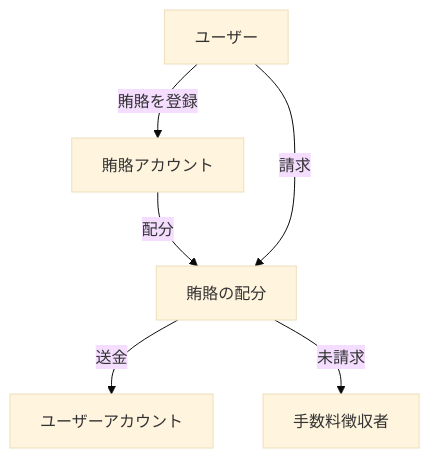
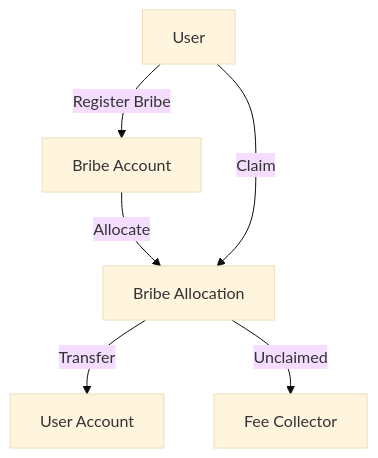
One commit to sunriselayer/gitbook changed the diagram in ja/learn/sunrise/bribes.md. Above: the diagram before and after it, drawn with Mermaid (base theme). The commit also changed 19 other files, not shown here.

````diff
--- a/ja/learn/sunrise/bribes.md
+++ b/ja/learn/sunrise/bribes.md
@@ -100,8 +100,8 @@
 ```mermaid
 flowchart TD
-    User[ユーザー] -->|賄賂を登録| BribeAccount[賄賂アカウント]
-    BribeAccount -->|配分| Allocation[賄賂の配分]
-    User -->|請求| Allocation
-    Allocation -->|送金| UserAccount[ユーザーアカウント]
-    Allocation -->|未請求| FeeCollector[手数料徴収者]
+    User[User] -->|Register Bribe| BribeAccount[Bribe Account]
+    BribeAccount -->|Allocate| Allocation[Bribe Allocation]
+    User -->|Claim| Allocation
+    Allocation -->|Transfer| UserAccount[User Account]
+    Allocation -->|Unclaimed| FeeCollector[Fee Collector]
 ```
````
